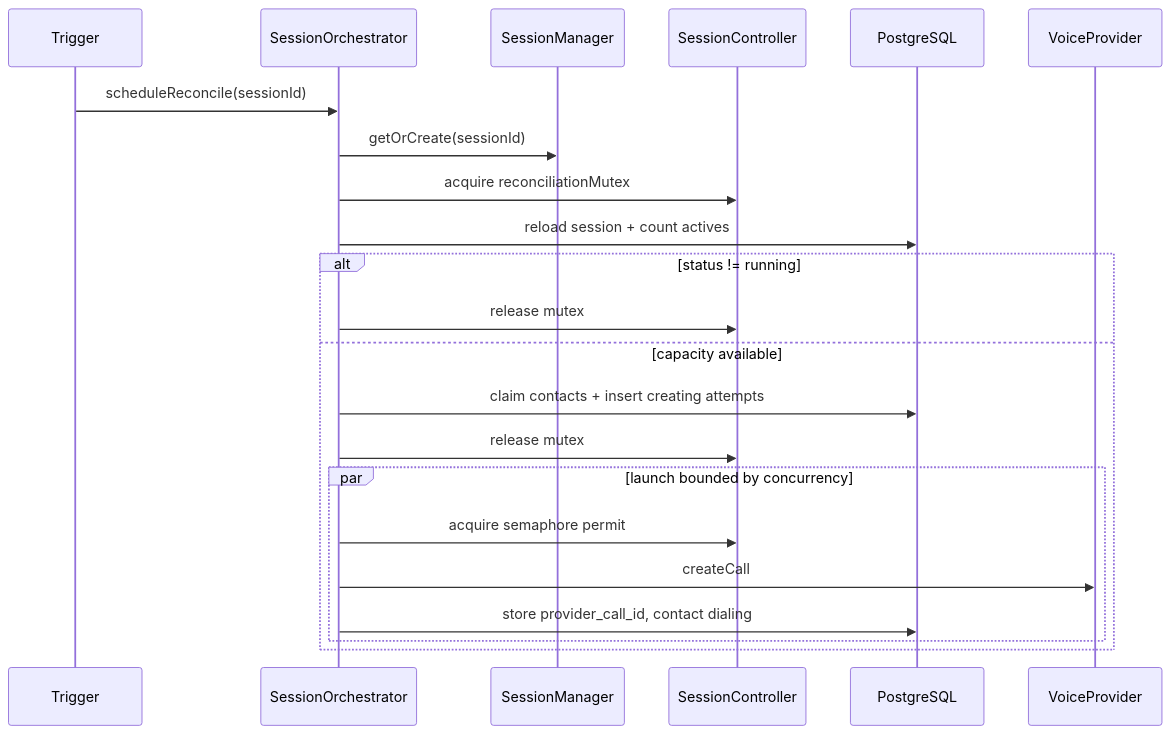
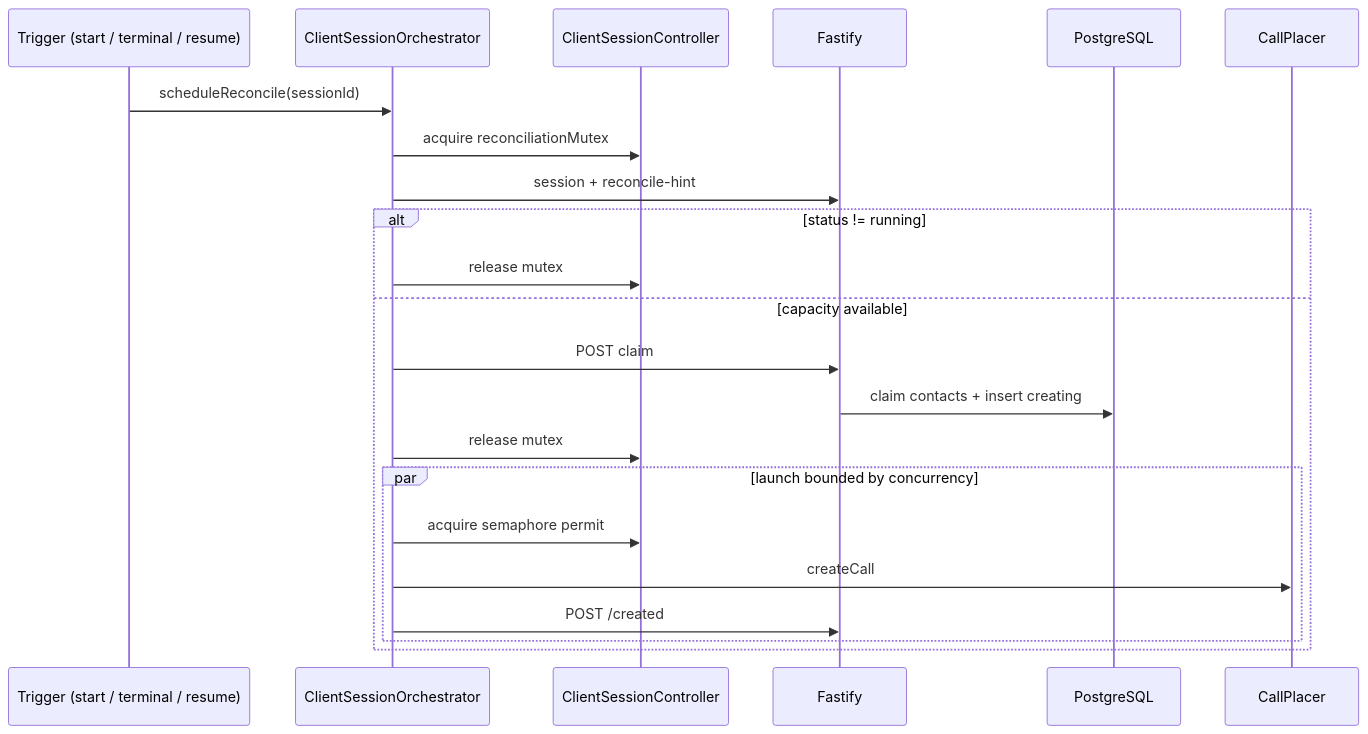
The fifth of 9 diagrams in docs/ARCHITECTURE.md (daniel-citrus/concurrent-outbound-dialer), drawn with Mermaid before and after one commit. The commit also changed other lines of this file and 30 other files, not shown here.

First line of the commit message:
Move dialing orchestration into the Svelte client and thin the Fastify API to a durable system of record.

````diff
--- a/docs/ARCHITECTURE.md
+++ b/docs/ARCHITECTURE.md
@@ -176,25 +252,25 @@
 ```mermaid
 sequenceDiagram
-  participant T as Trigger
-  participant O as SessionOrchestrator
-  participant M as SessionManager
-  participant C as SessionController
+  participant T as Trigger (start / terminal / resume)
+  participant O as ClientSessionOrchestrator
+  participant C as ClientSessionController
+  participant API as Fastify
   participant DB as PostgreSQL
-  participant V as VoiceProvider
+  participant P as CallPlacer
 
   T->>O: scheduleReconcile(sessionId)
-  O->>M: getOrCreate(sessionId)
   O->>C: acquire reconciliationMutex
-  O->>DB: reload session + count actives
+  O->>API: session + reconcile-hint
   alt status != running
     O->>C: release mutex
   else capacity available
-    O->>DB: claim contacts + insert creating attempts
+    O->>API: POST claim
+    API->>DB: claim contacts + insert creating
     O->>C: release mutex
     par launch bounded by concurrency
       O->>C: acquire semaphore permit
-      O->>V: createCall
-      O->>DB: store provider_call_id, contact dialing
+      O->>P: createCall
+      O->>API: POST /created
     end
   end
 ```
````
